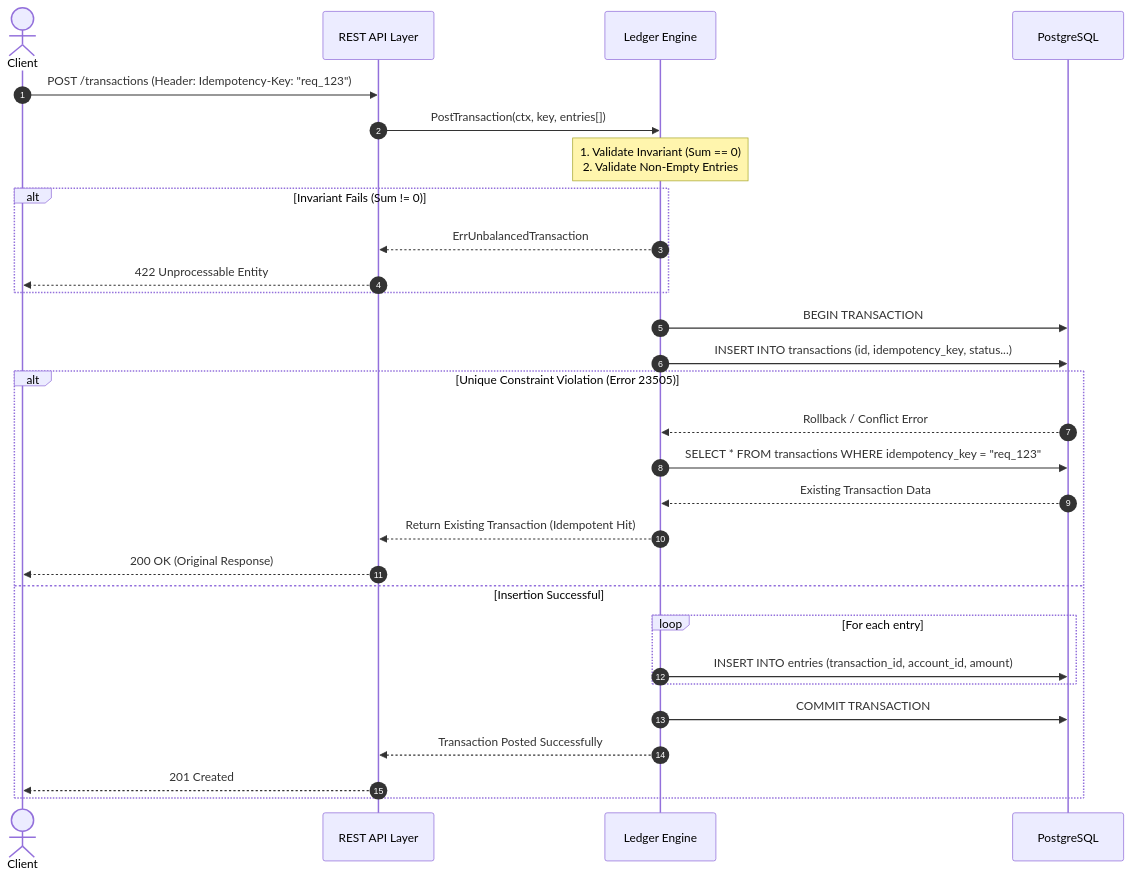
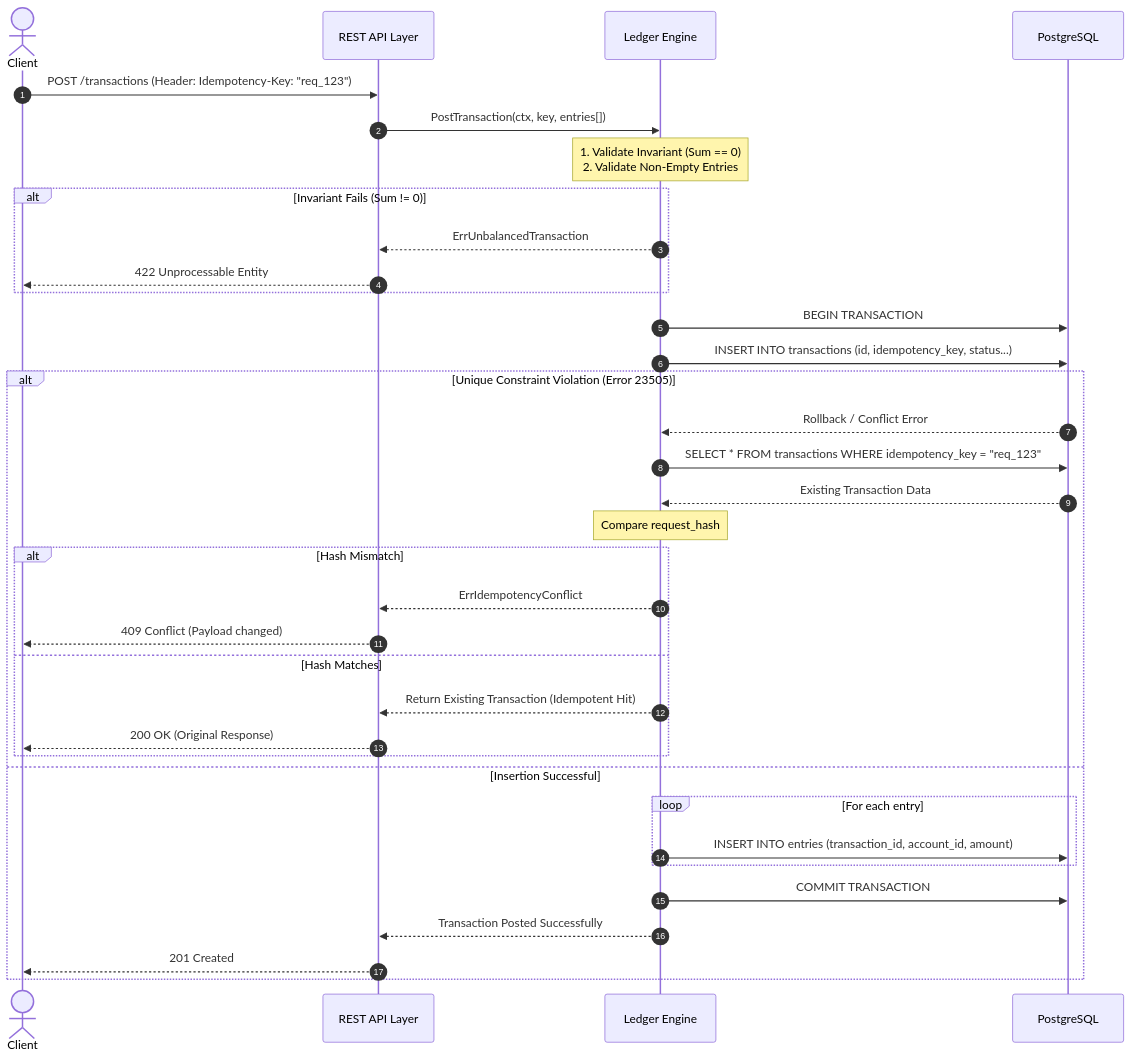
One commit to MazumdarAyush07/payment-ledger-system changed the second of 2 diagrams in docs/ARCHITECTURE_AND_DESIGN.md. Above: the diagram before and after it, drawn with Mermaid. The commit also changed other lines of this file and 6 other files, not shown here.

````diff
--- a/docs/ARCHITECTURE_AND_DESIGN.md
+++ b/docs/ARCHITECTURE_AND_DESIGN.md
@@ -100,36 +104,44 @@
 ```mermaid
 sequenceDiagram
     autonumber
     actor Client
     participant API as REST API Layer
     participant Engine as Ledger Engine
     participant DB as PostgreSQL
 
     Client->>API: POST /transactions (Header: Idempotency-Key: "req_123")
     API->>Engine: PostTransaction(ctx, key, entries[])
     
     Note over Engine: 1. Validate Invariant (Sum == 0)<br/>2. Validate Non-Empty Entries
     
     alt Invariant Fails (Sum != 0)
         Engine-->>API: ErrUnbalancedTransaction
         API-->>Client: 422 Unprocessable Entity
     end
 
     Engine->>DB: BEGIN TRANSACTION
     Engine->>DB: INSERT INTO transactions (id, idempotency_key, status...)
     
     alt Unique Constraint Violation (Error 23505)
         DB-->>Engine: Rollback / Conflict Error
         Engine->>DB: SELECT * FROM transactions WHERE idempotency_key = "req_123"
         DB-->>Engine: Existing Transaction Data
-        Engine-->>API: Return Existing Transaction (Idempotent Hit)
-        API-->>Client: 200 OK (Original Response)
+        
+        Note over Engine: Compare request_hash
+        
+        alt Hash Mismatch
+            Engine-->>API: ErrIdempotencyConflict
+            API-->>Client: 409 Conflict (Payload changed)
+        else Hash Matches
+            Engine-->>API: Return Existing Transaction (Idempotent Hit)
+            API-->>Client: 200 OK (Original Response)
+        end
     else Insertion Successful
         loop For each entry
             Engine->>DB: INSERT INTO entries (transaction_id, account_id, amount)
         end
         Engine->>DB: COMMIT TRANSACTION
         Engine-->>API: Transaction Posted Successfully
         API-->>Client: 201 Created
     end
 ```
````
